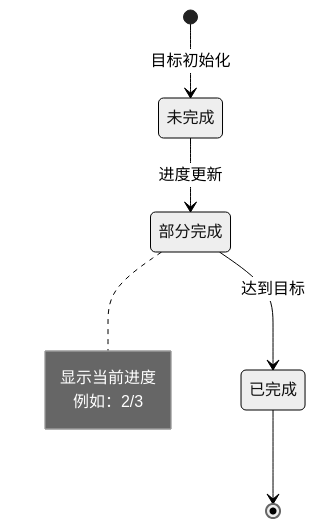
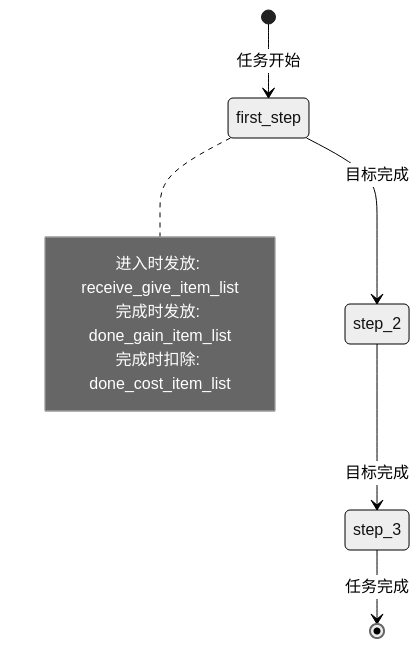
The third of 7 diagrams in docs/Module_Quest/06_实现细节.md (Alan-Ben/k2c_game_framework), drawn with Mermaid (neutral theme) before and after one commit. The commit also changed other lines of this file and 75 other files, not shown here.

````diff
--- a/docs/Module_Quest/06_实现细节.md
+++ b/docs/Module_Quest/06_实现细节.md
@@ -138,12 +113,13 @@
 ```mermaid
 stateDiagram-v2
-    [*] --> 未完成: 目标初始化
-    未完成 --> 部分完成: 进度更新
-    部分完成 --> 已完成: 达到目标
-    已完成 --> [*]
+    [*] --> first_step: 任务开始
+    first_step --> step_2: 目标完成
+    step_2 --> step_3: 目标完成
+    step_3 --> [*]: 任务完成
 
-    note right of 部分完成
-        显示当前进度
-        例如：2/3
+    note right of first_step
+        进入时发放: receive_give_item_list
+        完成时发放: done_gain_item_list
+        完成时扣除: done_cost_item_list
     end note
 ```
````
